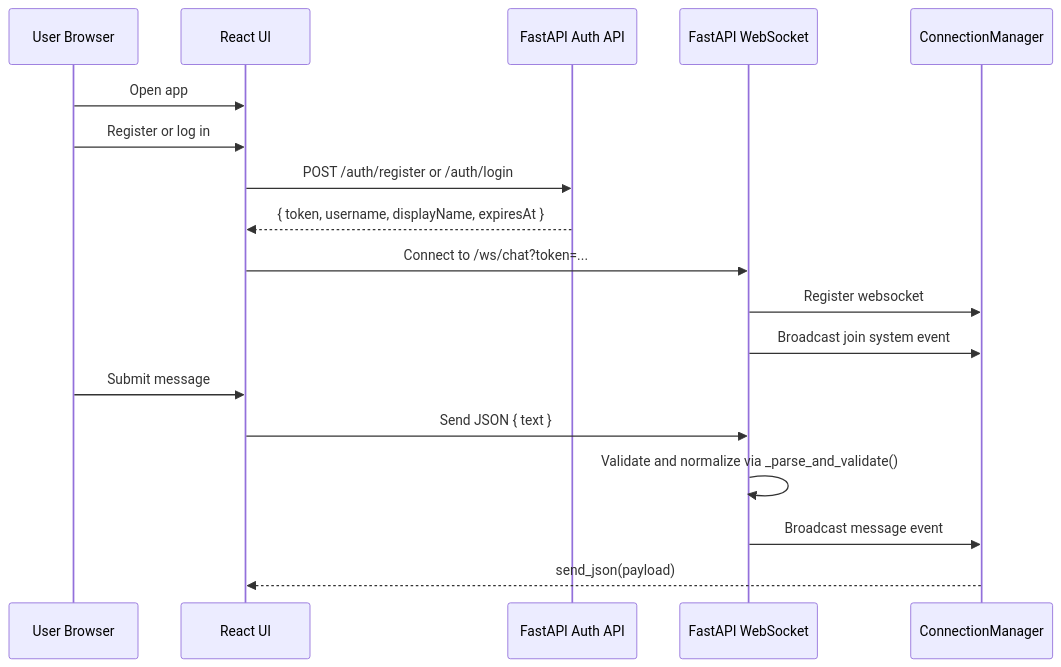
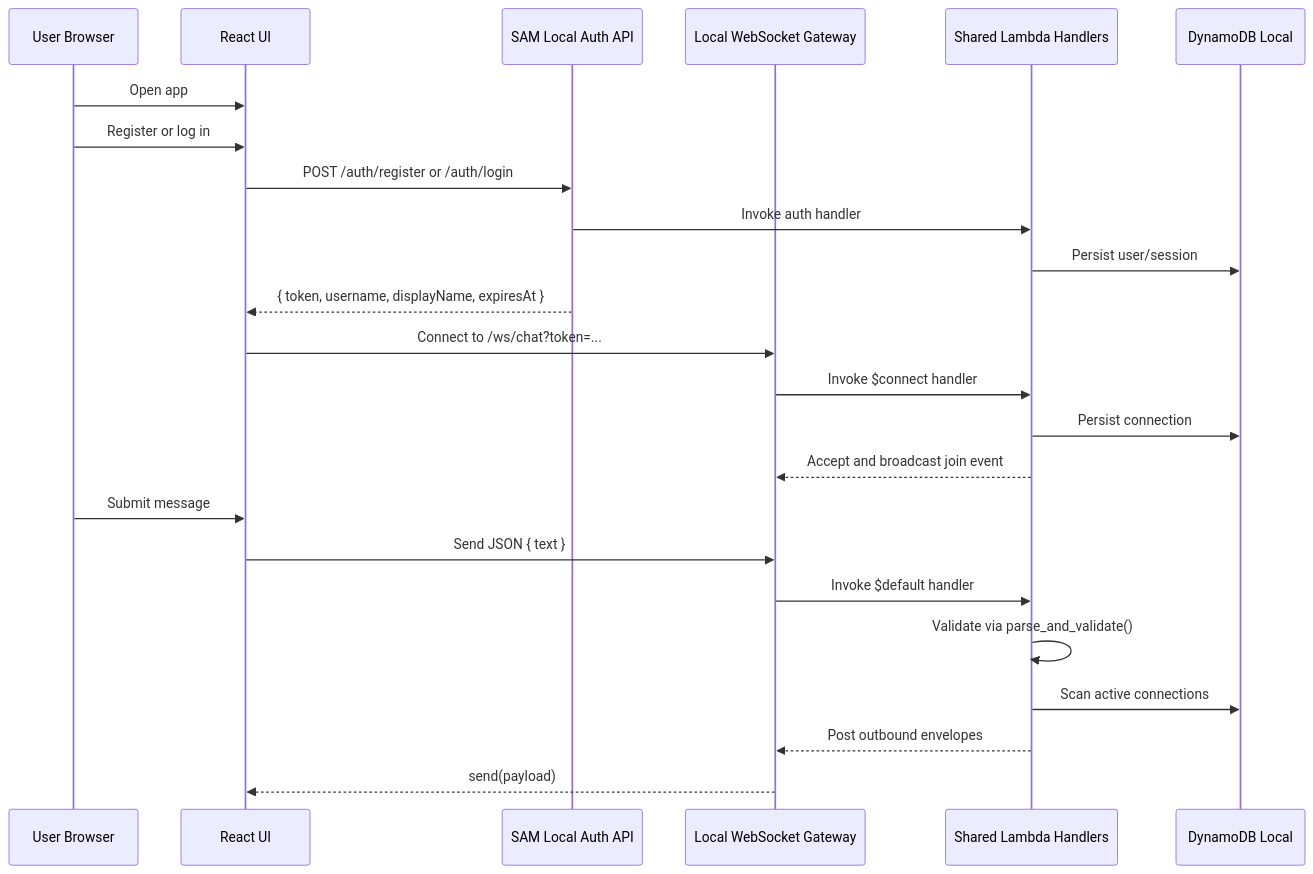
One commit to stigmergist/VibeArch changed the first of 2 diagrams in arch/data-flow.md. Above: the diagram before and after it, drawn with Mermaid. The commit also changed other lines of this file and 47 other files, not shown here.

Commit message:
Migrate chat app to Rust AWS-local SAM backend

````diff
--- a/arch/data-flow.md
+++ b/arch/data-flow.md
@@ -5,21 +5,27 @@
 ```mermaid
 sequenceDiagram
    participant U as User Browser
    participant F as React UI
-   participant A as FastAPI Auth API
-   participant B as FastAPI WebSocket
-   participant M as ConnectionManager
+   participant A as SAM Local Auth API
+   participant G as Local WebSocket Gateway
+   participant L as Shared Lambda Handlers
+   participant D as DynamoDB Local
 
    U->>F: Open app
    U->>F: Register or log in
    F->>A: POST /auth/register or /auth/login
+   A->>L: Invoke auth handler
+   L->>D: Persist user/session
    A-->>F: { token, username, displayName, expiresAt }
-   F->>B: Connect to /ws/chat?token=...
-   B->>M: Register websocket
-   B->>M: Broadcast join system event
+   F->>G: Connect to /ws/chat?token=...
+   G->>L: Invoke $connect handler
+   L->>D: Persist connection
+   L-->>G: Accept and broadcast join event
    U->>F: Submit message
-   F->>B: Send JSON { text }
-   B->>B: Validate and normalize via _parse_and_validate()
-   B->>M: Broadcast message event
-   M-->>F: send_json(payload)
+   F->>G: Send JSON { text }
+   G->>L: Invoke $default handler
+   L->>L: Validate via parse_and_validate()
+   L->>D: Scan active connections
+   L-->>G: Post outbound envelopes
+   G-->>F: send(payload)
 ```
````
